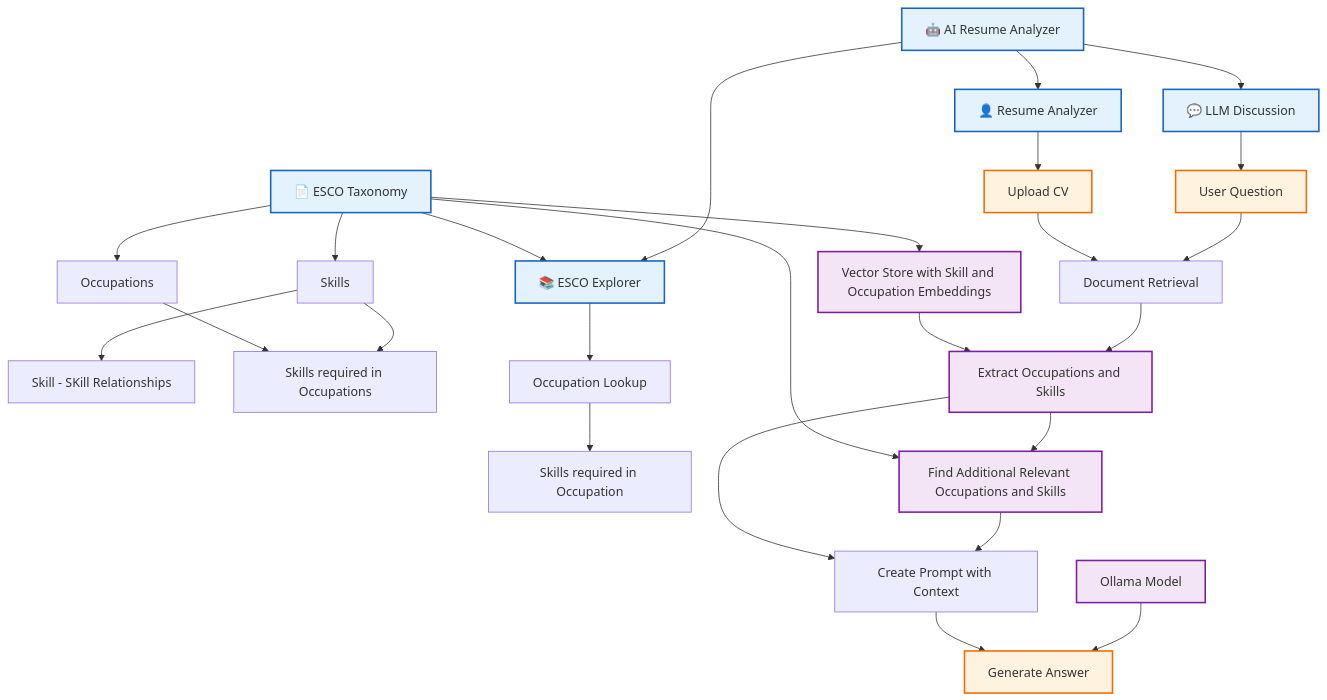
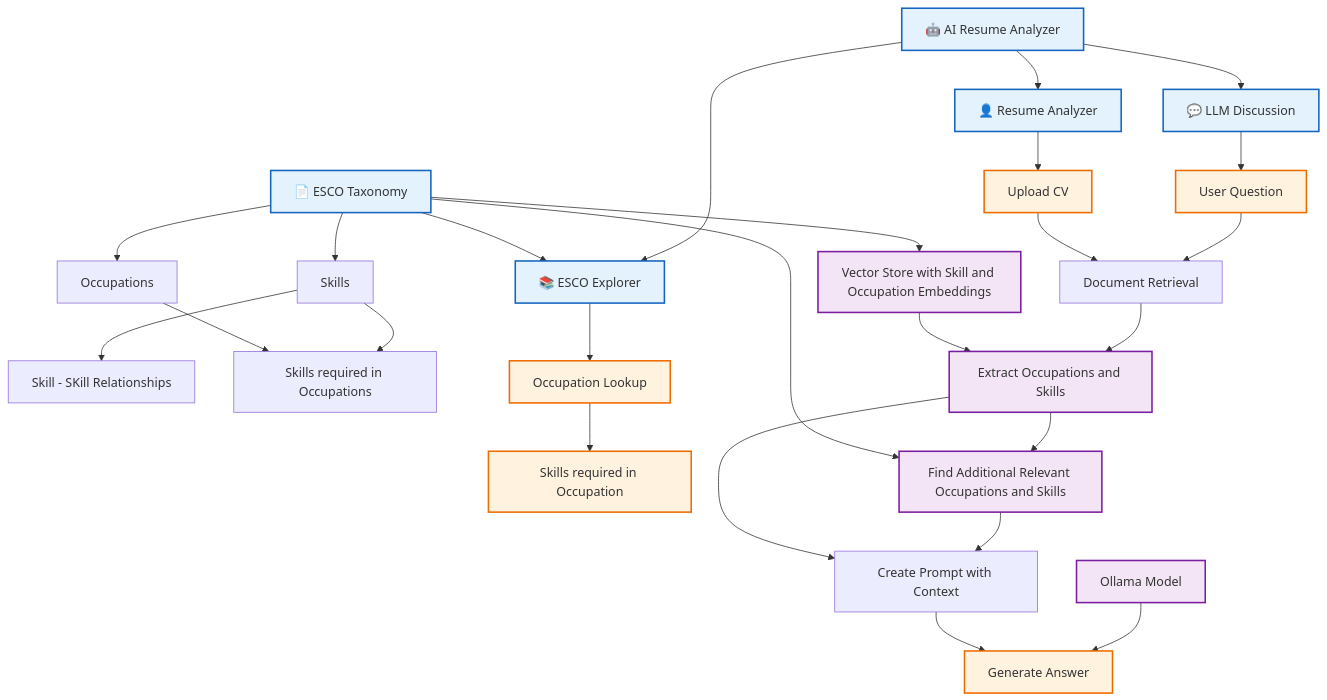
One commit to koncharman/resume_analyzer changed the diagram in README.md. Above: the diagram before and after it, drawn with Mermaid.

````diff
--- a/README.md
+++ b/README.md
@@ -10,48 +10,48 @@
 ```mermaid
 flowchart TD
     ES["📄 ESCO Taxonomy"]
     ES --> ESS["Skills"]
     ES --> ESO["Occupations"]
     ESS --> ESSS["Skill - SKill Relationships"]
     ESS --> ESSO["Skills required in Occupations"]
     ESO --> ESSO
 
     A["🤖 AI Resume Analyzer"]
     
     A --> B["📚 ESCO Explorer"]
     A --> C["💬 LLM Discussion"]
     A --> D["👤 Resume Analyzer"]
 
     ES --> B
     B --> E["Occupation Lookup"]
     E --> F["Skills required in Occupation"]
 
     ES --> VEC["Vector Store with Skill and Occupation Embeddings"]
 
     C --> H["User Question"]
 
     D --> I["Upload CV"]
 
     H --> J["Document Retrieval"]
     I --> J
 
     J --> RAG["Extract Occupations and Skills"]
     VEC --> RAG
 
     RAG --> DS["Find Additional Relevant Occupations and Skills"]
     ES --> DS
 
     DS --> CX["Create Prompt with Context"]
     RAG --> CX
 
     OLL["Ollama Model"] --> AN["Generate Answer"]
     CX --> AN
     
     classDef app fill:#e3f2fd,stroke:#1565c0,stroke-width:2px;
     classDef llmrag fill:#f3e5f5,stroke:#7b1fa2,stroke-width:2px;
     classDef io fill:#fff3e0,stroke:#ef6c00,stroke-width:2px;
 
     class ES,A,B,C,D app;
     class VEC,RAG,DS,OLL llmrag;
-    class H,I,AN io;
+    class E,F,H,I,AN io;
 ```
````
